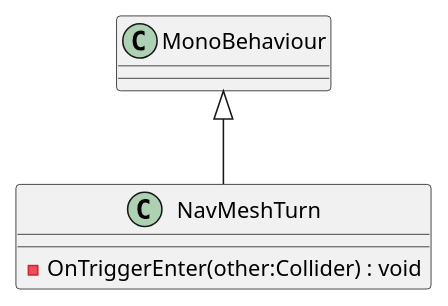
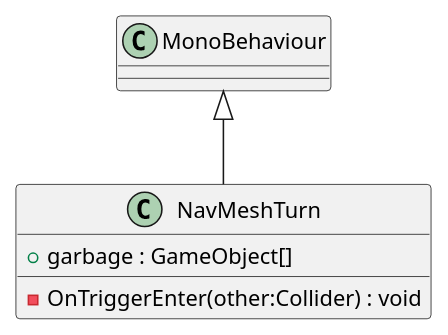
One commit to JustACupOfTea/hashtagsavetheocean changed the diagram in Assets/Scripts/UML/NavMeshTurn.puml. Above: the diagram before and after it, drawn with PlantUML. The commit also changed 21 other files, not shown here.

Commit message:
plantumls all finished

```diff
--- a/Assets/Scripts/UML/NavMeshTurn.puml
+++ b/Assets/Scripts/UML/NavMeshTurn.puml
@@ -1,6 +1,7 @@
 @startuml
 class NavMeshTurn {
+    + garbage : GameObject[]
     - OnTriggerEnter(other:Collider) : void
 }
 MonoBehaviour <|-- NavMeshTurn
 @enduml
```
